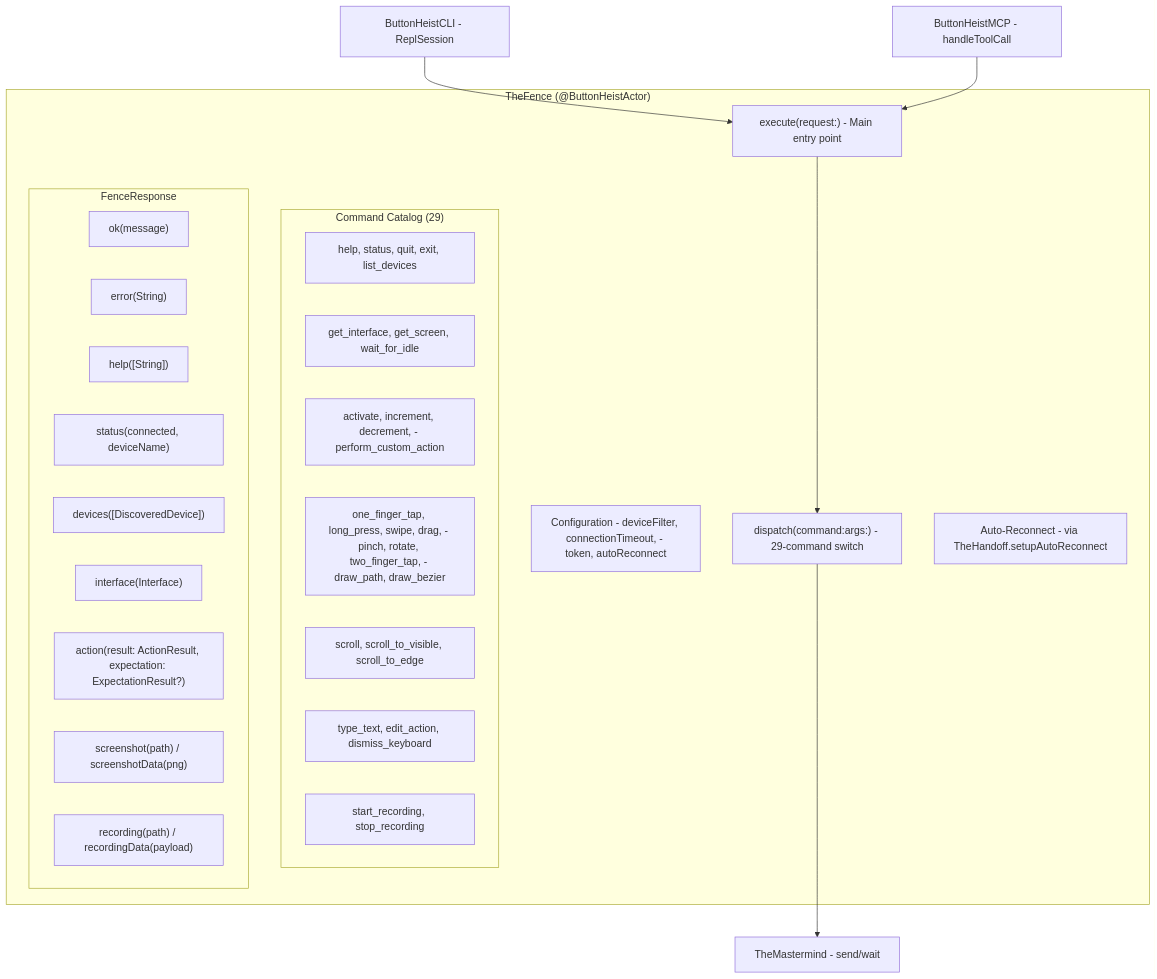
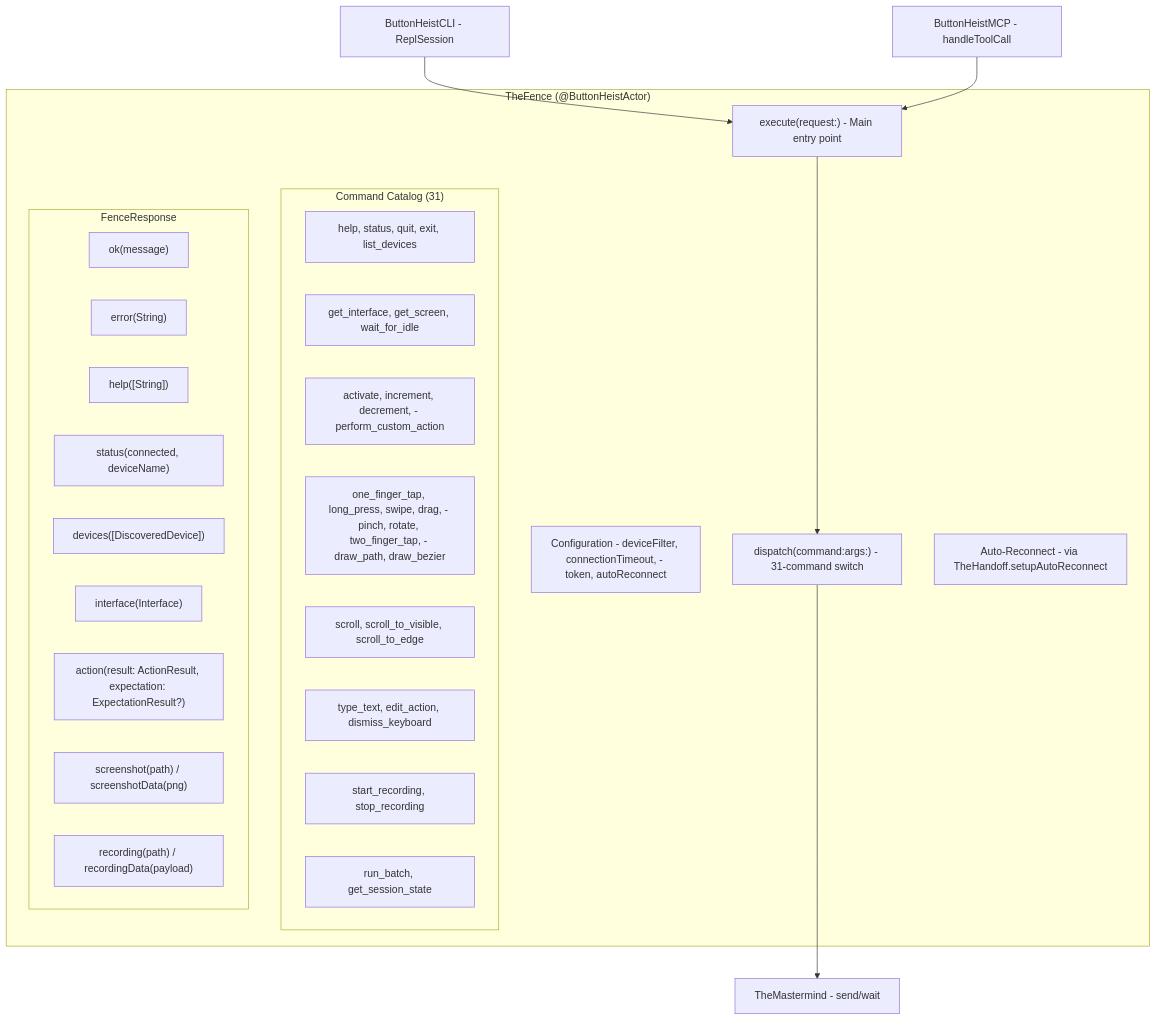
Before and after one commit to RoyalPineapple/TheButtonHeist: the first of 3 diagrams in docs/dossiers/10-THEFENCE.md, drawn with Mermaid. The commit also changed other lines of this file and 20 other files, not shown here.

````diff
--- a/docs/dossiers/10-THEFENCE.md
+++ b/docs/dossiers/10-THEFENCE.md
@@ -23,36 +23,37 @@
 ```mermaid
 graph TD
     subgraph TheFence["TheFence (@ButtonHeistActor)"]
         Config["Configuration - deviceFilter, connectionTimeout, - token, autoReconnect"]
         Execute["execute(request:) - Main entry point"]
-        Dispatch["dispatch(command:args:) - 29-command switch"]
+        Dispatch["dispatch(command:args:) - 31-command switch"]
         Reconnect["Auto-Reconnect - via TheHandoff.setupAutoReconnect"]
 
-        subgraph Commands["Command Catalog (29)"]
+        subgraph Commands["Command Catalog (31)"]
             Conn["help, status, quit, exit, list_devices"]
             IF["get_interface, get_screen, wait_for_idle"]
             Access["activate, increment, decrement, - perform_custom_action"]
             Gesture["one_finger_tap, long_press, swipe, drag, - pinch, rotate, two_finger_tap, - draw_path, draw_bezier"]
             Scroll["scroll, scroll_to_visible, scroll_to_edge"]
             Text["type_text, edit_action, dismiss_keyboard"]
             Rec["start_recording, stop_recording"]
+            Batch["run_batch, get_session_state"]
         end
 
         subgraph Response["FenceResponse"]
             Ok["ok(message)"]
             Err["error(String)"]
             Help["help([String])"]
             Status["status(connected, deviceName)"]
             DevList["devices([DiscoveredDevice])"]
             IFResp["interface(Interface)"]
             Action["action(result: ActionResult, expectation: ExpectationResult?)"]
             Screenshot["screenshot(path) / screenshotData(png)"]
             Recording["recording(path) / recordingData(payload)"]
         end
     end
 
     CLI["ButtonHeistCLI - ReplSession"] --> Execute
     MCP["ButtonHeistMCP - handleToolCall"] --> Execute
     Execute --> Dispatch
     Dispatch --> Client["TheMastermind - send/wait"]
 ```
````
